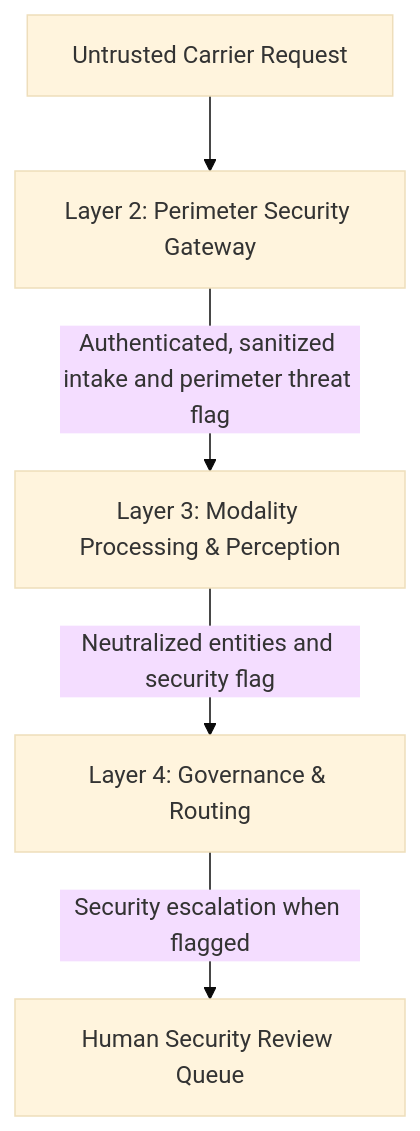
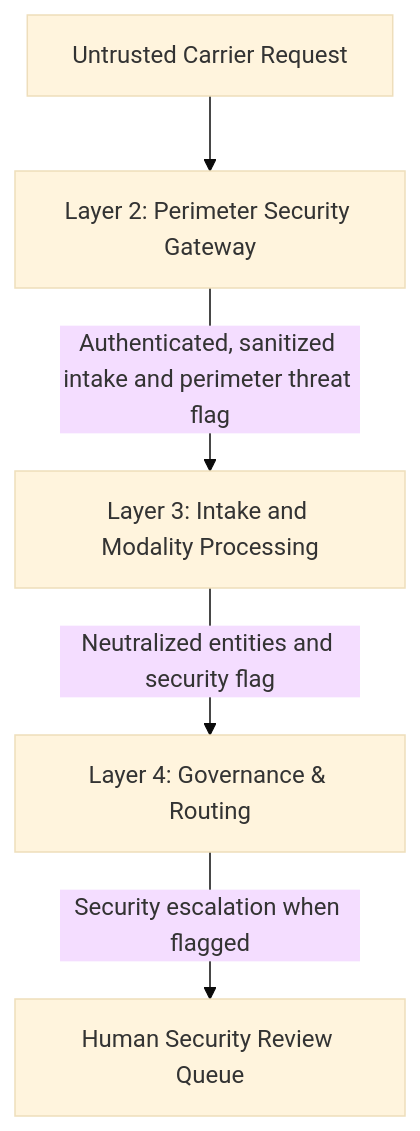
The diagram in decisions/step4.2_security_firewall_and_zero_trust_pii_auditing.md (gargmishu/agristack-dbt-core), drawn with Mermaid (base theme) before and after one commit. The commit also changed other lines of this file and 4 other files, not shown here.

Commit message:
refactor: update terminology for clarity in governance architecture and security documentation

````diff
--- a/decisions/step4.2_security_firewall_and_zero_trust_pii_auditing.md
+++ b/decisions/step4.2_security_firewall_and_zero_trust_pii_auditing.md
@@ -9,7 +9,7 @@
 ```mermaid
 flowchart TD
     External["Untrusted Carrier Request"] --> L2["Layer 2: Perimeter Security Gateway"]
-    L2 -->|Authenticated, sanitized intake and perimeter threat flag| L3["Layer 3: Modality Processing & Perception"]
+    L2 -->|Authenticated, sanitized intake and perimeter threat flag| L3["Layer 3: Intake and Modality Processing"]
     L3 -->|Neutralized entities and security flag| L4["Layer 4: Governance & Routing"]
     L4 -->|Security escalation when flagged| Queue["Human Security Review Queue"]
 ```
````
